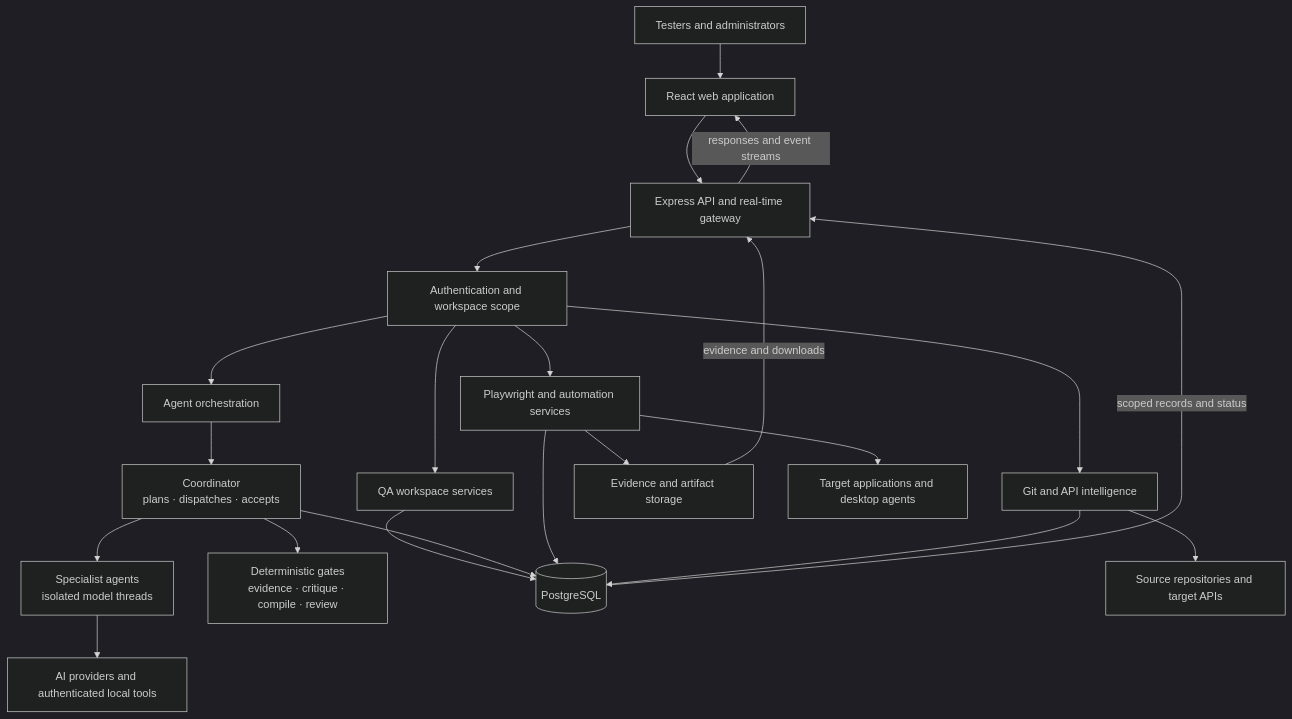
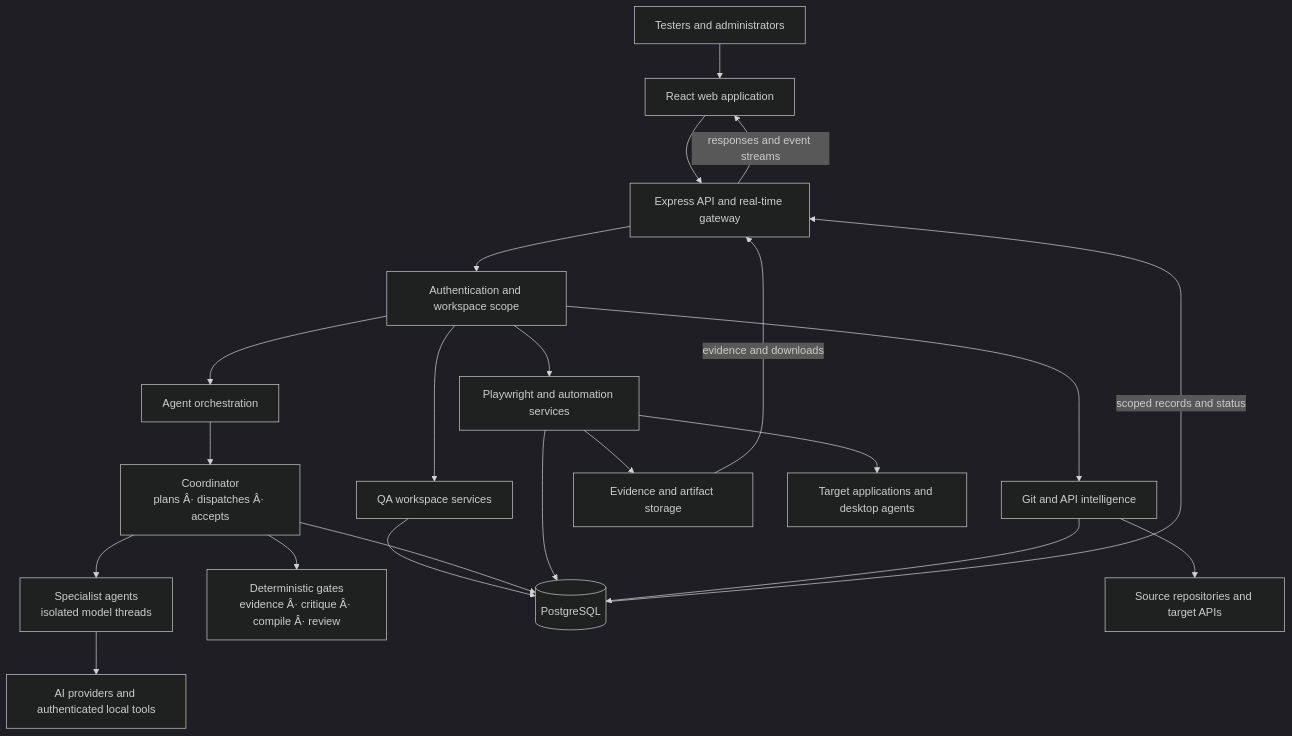
Before and after one commit to srinivasravula18/core-platform-automation: the second of 6 diagrams in docs/application-guide.md, drawn with Mermaid (dark theme). The commit also changed other lines of this file, not shown here.

````diff
--- a/docs/application-guide.md
+++ b/docs/application-guide.md
@@ -215,29 +215,29 @@
 ```mermaid
 flowchart TB
     People["Testers and administrators"] --> Web["React web application"]
     Web --> API["Express API and real-time gateway"]
 
     API --> Scope["Authentication and workspace scope"]
     Scope --> QA["QA workspace services"]
     Scope --> Orch["Agent orchestration"]
     Scope --> Exec["Playwright and automation services"]
     Scope --> Source["Git and API intelligence"]
 
-    Orch --> Coord["Coordinator<br/>plans · dispatches · accepts"]
+    Orch --> Coord["Coordinator<br/>plans Â· dispatches Â· accepts"]
     Coord --> Specialists["Specialist agents<br/>isolated model threads"]
-    Coord --> Gates["Deterministic gates<br/>evidence · critique · compile · review"]
+    Coord --> Gates["Deterministic gates<br/>evidence Â· critique Â· compile Â· review"]
     Specialists --> Providers["AI providers and authenticated local tools"]
 
     QA --> DB[("PostgreSQL")]
     Coord --> DB
     Exec --> DB
     Source --> DB
 
     Exec --> Files["Evidence and artifact storage"]
     Source --> Repos["Source repositories and target APIs"]
     Exec --> Apps["Target applications and desktop agents"]
 
     DB -- "scoped records and status" --> API
     Files -- "evidence and downloads" --> API
     API -- "responses and event streams" --> Web
 ```
````
